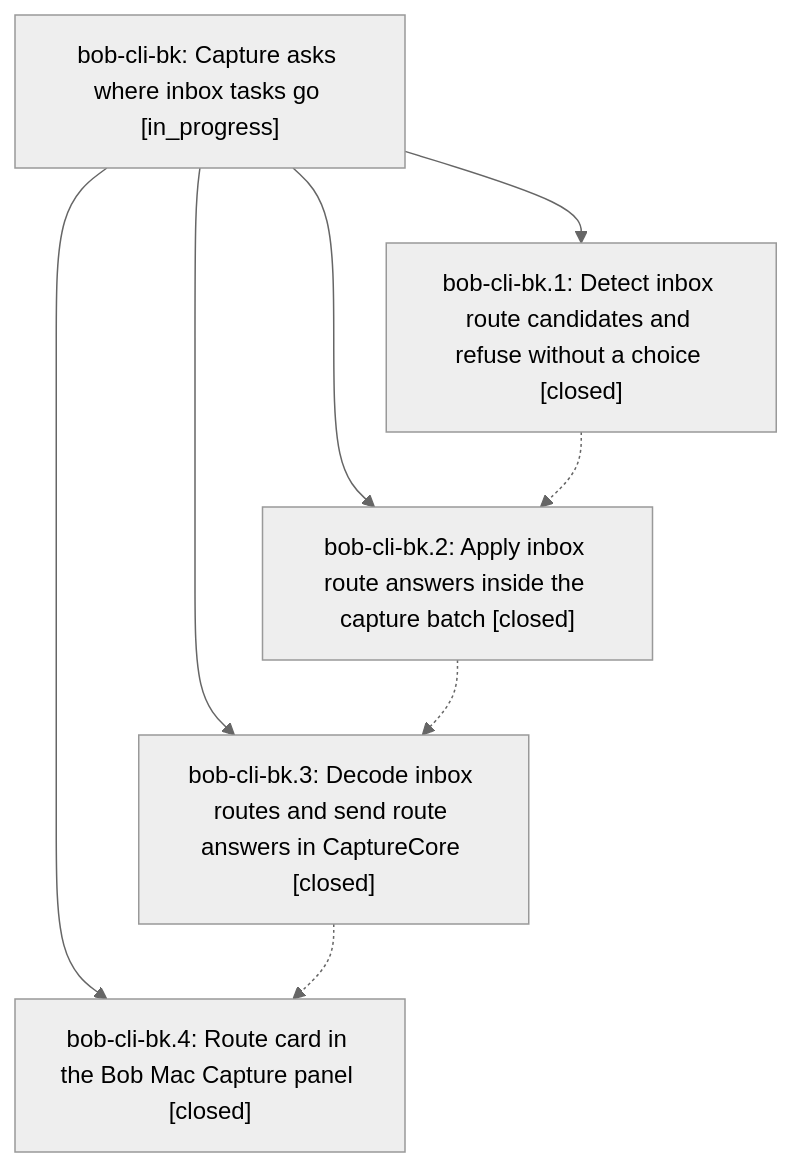
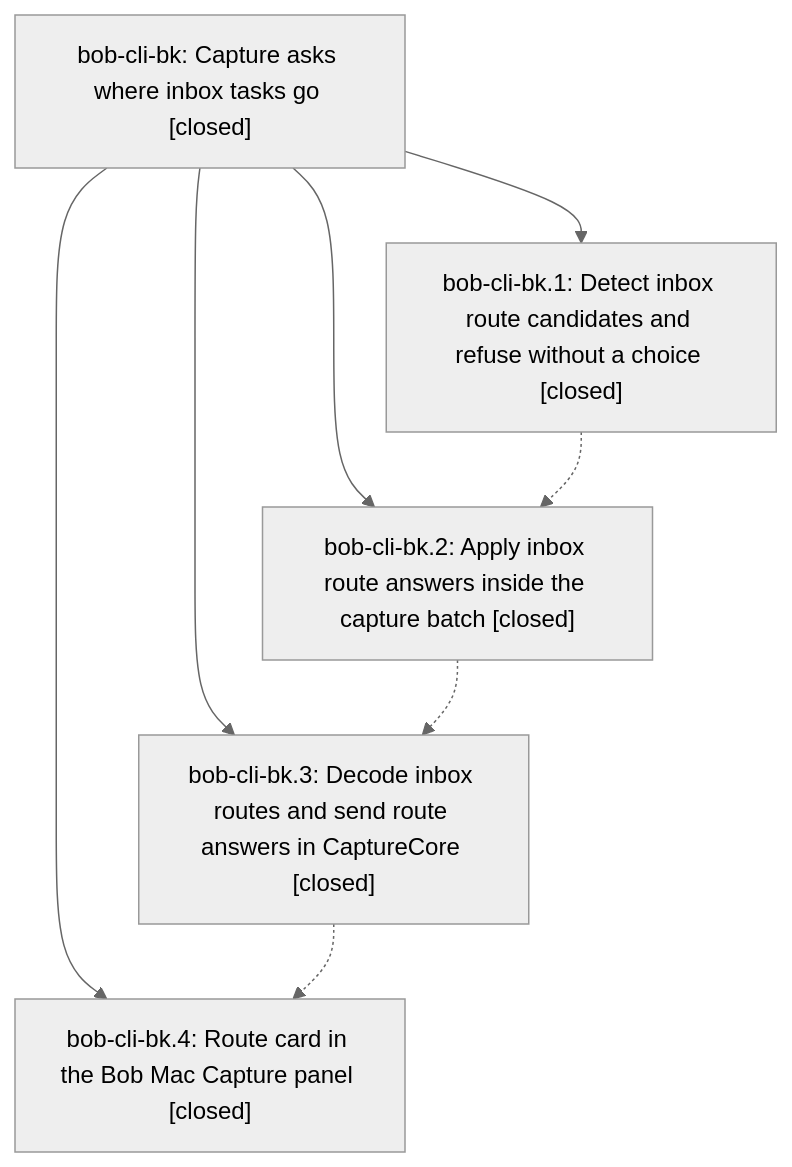
The diagram in pages/bob-cli-bk/README.md (bobs-org/bob-cli--beads), drawn with Mermaid (neutral theme) before and after one commit. The commit also changed other lines of this file and 1 other file, not shown here.

First line of the commit message:
chore(beads): sync bead state and pages for bob-cli-bk

````diff
--- a/pages/bob-cli-bk/README.md
+++ b/pages/bob-cli-bk/README.md
@@ -37,15 +45,15 @@
 ```mermaid
 flowchart TD
-    n0["bob-cli-bk: Capture asks where inbox tasks go [in_progress]"]
+    n0["bob-cli-bk: Capture asks where inbox tasks go [closed]"]
     n1["bob-cli-bk.1: Detect inbox route candidates and refuse without a choice [closed]"]
     n2["bob-cli-bk.2: Apply inbox route answers inside the capture batch [closed]"]
     n3["bob-cli-bk.3: Decode inbox routes and send route answers in CaptureCore [closed]"]
     n4["bob-cli-bk.4: Route card in the Bob Mac Capture panel [closed]"]
     n0 --> n1
     n0 --> n2
     n0 --> n3
     n0 --> n4
     n1 -.-> n2
     n2 -.-> n3
     n3 -.-> n4
 ```
````
